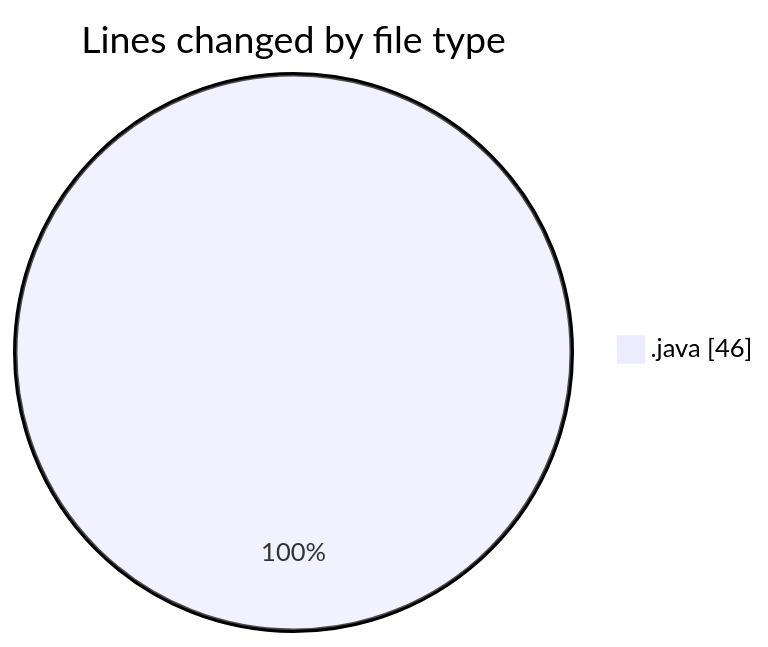
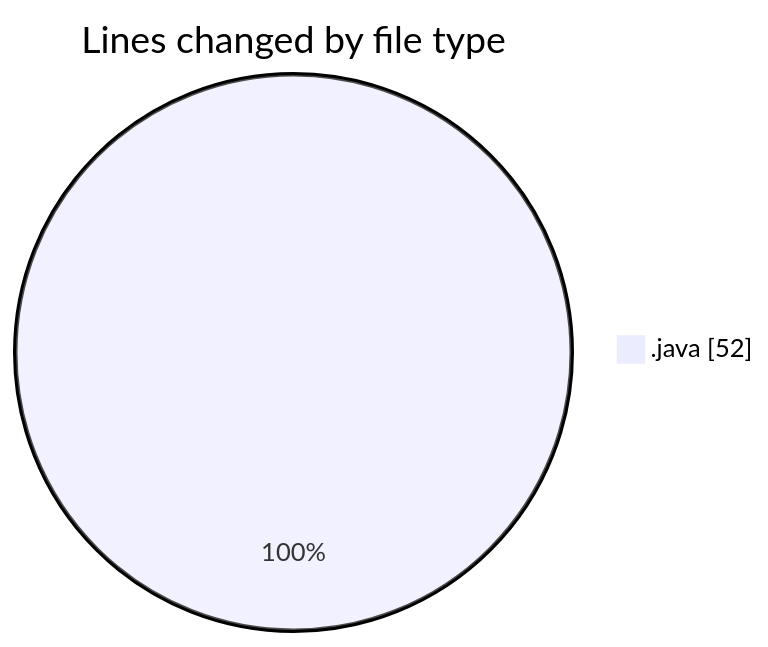
One commit to hasnaa123/code-tracking changed the first of 2 diagrams in 2026-11-02/taskforge/README.md. Above: the diagram before and after it, drawn with Mermaid. The commit also changed other lines of this file and 1 other file, not shown here.

````diff
--- a/2026-11-02/taskforge/README.md
+++ b/2026-11-02/taskforge/README.md
@@ -21,5 +21,5 @@
 ```mermaid
 pie showData
 title Lines changed by file type
-".java" : 46
+".java" : 52
 ```
````
